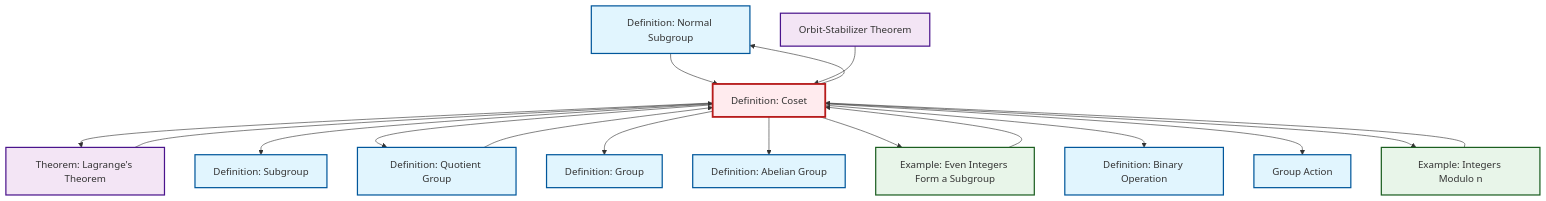
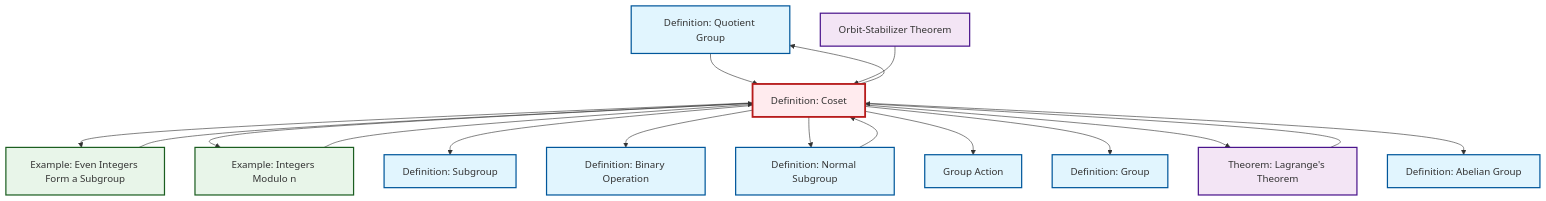
One commit to RK0429/ModernMath changed the diagram in content/ja/algebra/def-coset.qmd. Above: the diagram before and after it, drawn with Mermaid. The commit also changed other lines of this file and 531 other files, not shown here.

````diff
--- a/content/ja/algebra/def-coset.qmd
+++ b/content/ja/algebra/def-coset.qmd
@@ -158,49 +158,49 @@
 ```{mermaid}
 %%| fig-cap: "Local dependency graph"
 graph TD
     classDef definition fill:#e1f5fe,stroke:#01579b,stroke-width:2px
     classDef theorem fill:#f3e5f5,stroke:#4a148c,stroke-width:2px
     classDef axiom fill:#fff3e0,stroke:#e65100,stroke-width:2px
     classDef example fill:#e8f5e9,stroke:#1b5e20,stroke-width:2px
     classDef current fill:#ffebee,stroke:#b71c1c,stroke-width:3px
+    def-abelian-group["Definition: Abelian Group"]:::definition
+    def-quotient-group["Definition: Quotient Group"]:::definition
+    def-group["Definition: Group"]:::definition
     def-normal-subgroup["Definition: Normal Subgroup"]:::definition
     thm-orbit-stabilizer["Orbit-Stabilizer Theorem"]:::theorem
+    def-subgroup["Definition: Subgroup"]:::definition
     ex-quotient-integers-mod-n["Example: Integers Modulo n"]:::example
+    thm-lagrange["Theorem: Lagrange's Theorem"]:::theorem
+    ex-even-integers-subgroup["Example: Even Integers Form a Subgroup"]:::example
+    def-binary-operation["Definition: Binary Operation"]:::definition
     def-coset["Definition: Coset"]:::definition
-    thm-lagrange["Theorem: Lagrange's Theorem"]:::theorem
-    def-quotient-group["Definition: Quotient Group"]:::definition
-    def-binary-operation["Definition: Binary Operation"]:::definition
-    def-subgroup["Definition: Subgroup"]:::definition
-    def-group["Definition: Group"]:::definition
     def-group-action["Group Action"]:::definition
-    def-abelian-group["Definition: Abelian Group"]:::definition
-    ex-even-integers-subgroup["Example: Even Integers Form a Subgroup"]:::example
-    def-coset --> thm-lagrange
+    def-coset --> ex-even-integers-subgroup
+    def-coset --> ex-quotient-integers-mod-n
     def-coset --> def-subgroup
+    thm-lagrange --> def-coset
+    def-coset --> def-binary-operation
+    def-coset --> def-normal-subgroup
+    def-coset --> def-group-action
+    def-coset --> def-group
+    def-quotient-group --> def-coset
     def-coset --> def-quotient-group
     def-normal-subgroup --> def-coset
-    def-quotient-group --> def-coset
-    def-coset --> def-group
-    thm-lagrange --> def-coset
+    def-coset --> thm-lagrange
+    thm-orbit-stabilizer --> def-coset
+    ex-quotient-integers-mod-n --> def-coset
     def-coset --> def-abelian-group
-    def-coset --> ex-even-integers-subgroup
     ex-even-integers-subgroup --> def-coset
-    def-coset --> def-binary-operation
-    def-coset --> def-group-action
-    thm-orbit-stabilizer --> def-coset
-    def-coset --> def-normal-subgroup
-    ex-quotient-integers-mod-n --> def-coset
-    def-coset --> ex-quotient-integers-mod-n
     class def-coset current
+    click def-abelian-group "def-abelian-group.html" "Definition: Abelian Groupへ"
+    click def-quotient-group "def-quotient-group.html" "Definition: Quotient Groupへ"
+    click def-group "def-group.html" "Definition: Groupへ"
     click def-normal-subgroup "def-normal-subgroup.html" "Definition: Normal Subgroupへ"
     click thm-orbit-stabilizer "thm-orbit-stabilizer.html" "Orbit-Stabilizer Theoremへ"
+    click def-subgroup "def-subgroup.html" "Definition: Subgroupへ"
     click ex-quotient-integers-mod-n "ex-quotient-integers-mod-n.html" "Example: Integers Modulo nへ"
     click thm-lagrange "thm-lagrange.html" "Theorem: Lagrange's Theoremへ"
-    click def-quotient-group "def-quotient-group.html" "Definition: Quotient Groupへ"
+    click ex-even-integers-subgroup "ex-even-integers-subgroup.html" "Example: Even Integers Form a Subgroupへ"
     click def-binary-operation "def-binary-operation.html" "Definition: Binary Operationへ"
-    click def-subgroup "def-subgroup.html" "Definition: Subgroupへ"
-    click def-group "def-group.html" "Definition: Groupへ"
     click def-group-action "def-group-action.html" "Group Actionへ"
-    click def-abelian-group "def-abelian-group.html" "Definition: Abelian Groupへ"
-    click ex-even-integers-subgroup "ex-even-integers-subgroup.html" "Example: Even Integers Form a Subgroupへ"
 ```
````
